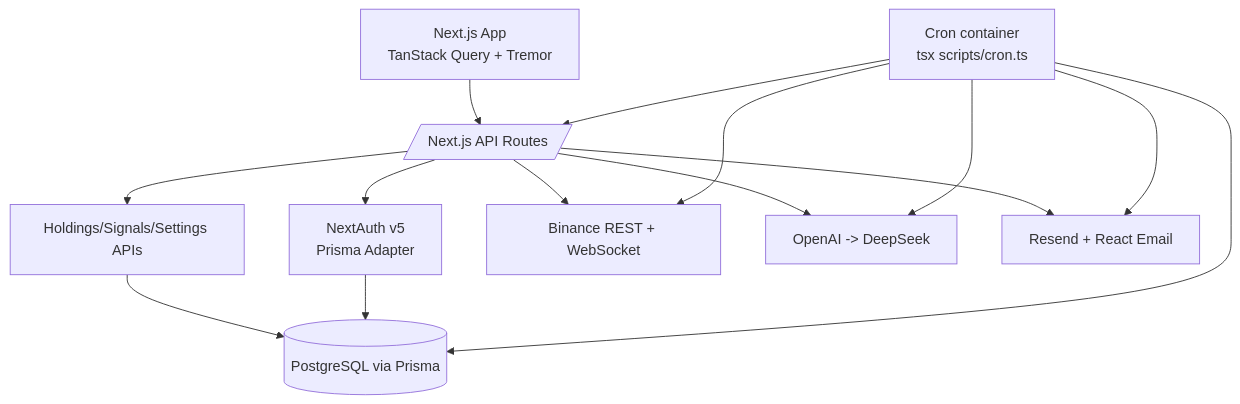
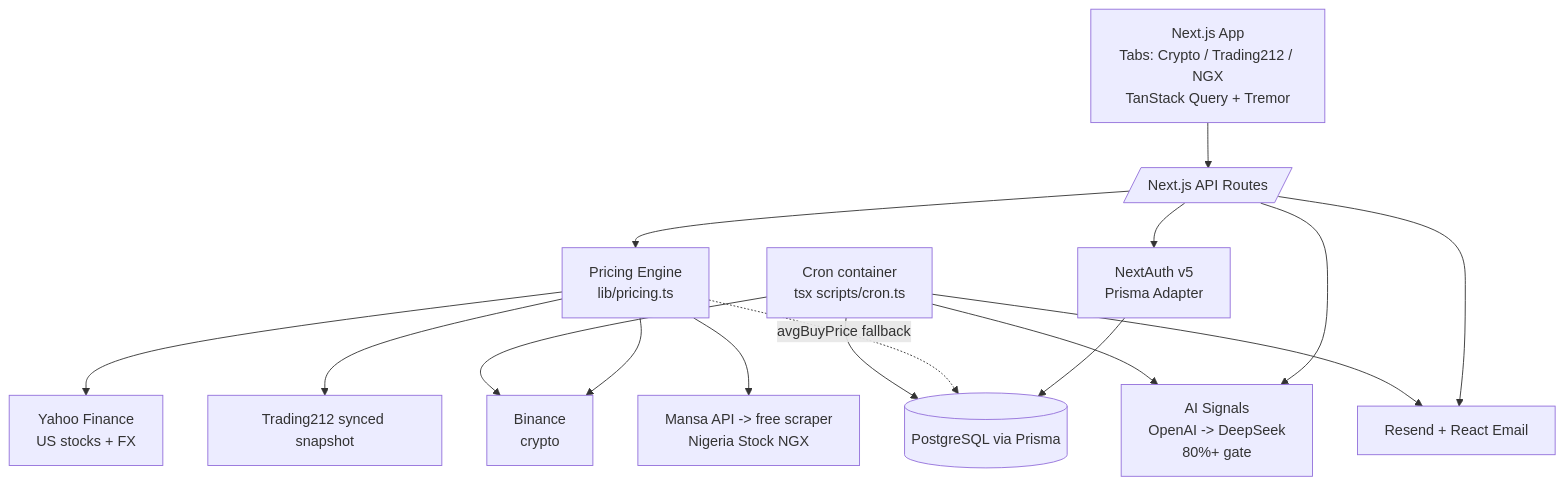
The first of 2 diagrams in README.md (bhoyee/ApexPulse), drawn with Mermaid before and after one commit. The commit also changed other lines of this file and 13 other files, not shown here.

````diff
--- a/README.md
+++ b/README.md
@@ -139,16 +169,18 @@
 ```mermaid
 flowchart TD
-    Browser[Next.js App<br/>TanStack Query + Tremor] --> API[/Next.js API Routes/]
+    Browser[Next.js App<br/>Tabs: Crypto / Trading212 / NGX<br/>TanStack Query + Tremor] --> API[/Next.js API Routes/]
     API --> Auth[NextAuth v5<br/>Prisma Adapter]
-    API --> Holdings[Holdings/Signals/Settings APIs]
-    API --> Binance[Binance REST + WebSocket]
-    API --> AI[OpenAI -> DeepSeek]
+    API --> Pricing[Pricing Engine<br/>lib/pricing.ts]
+    API --> AI[AI Signals<br/>OpenAI -> DeepSeek<br/>80%+ gate]
     API --> Email[Resend + React Email]
-    Holdings --> DB[(PostgreSQL via Prisma)]
-    Auth --> DB
-    Cron[Cron container<br/>tsx scripts/cron.ts] --> API
-    Cron --> Binance
+    Pricing --> Binance[Binance<br/>crypto]
+    Pricing --> Yahoo[Yahoo Finance<br/>US stocks + FX]
+    Pricing --> T212[Trading212 synced snapshot]
+    Pricing --> NGX[Mansa API -> free scraper<br/>Nigeria Stock NGX]
+    Auth --> DB[(PostgreSQL via Prisma)]
+    Pricing -.avgBuyPrice fallback.-> DB
+    Cron[Cron container<br/>tsx scripts/cron.ts] --> Binance
     Cron --> AI
     Cron --> Email
     Cron --> DB
 ```
````
